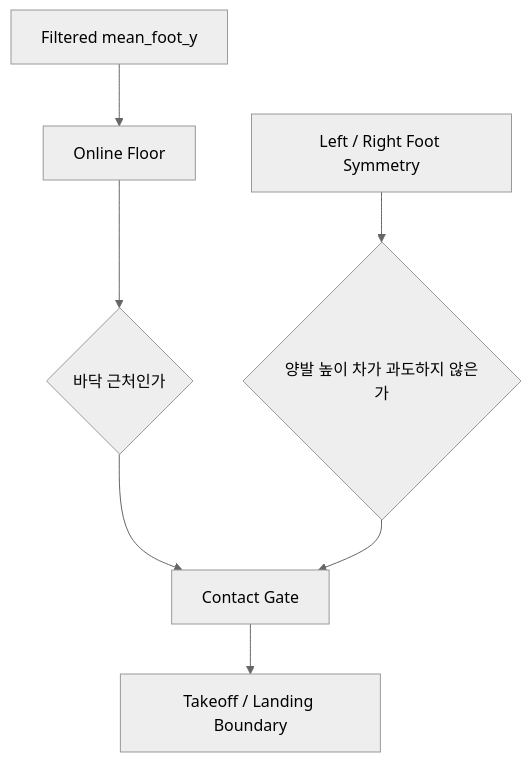
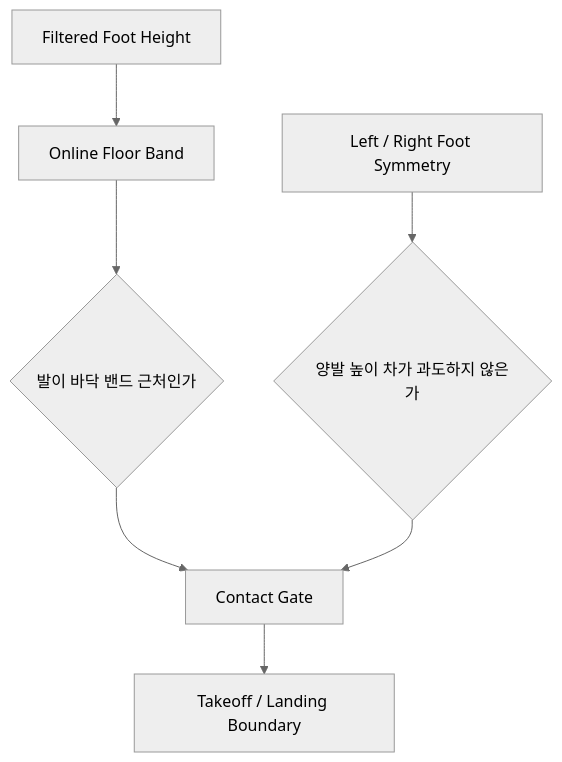
Before and after one commit to Hooneybadger/jump-rope-detector: the third of 6 diagrams in double_jump/README.md, drawn with Mermaid (neutral theme). The commit also changed other lines of this file and 3 other files, not shown here.

````diff
--- a/double_jump/README.md
+++ b/double_jump/README.md
@@ -186,9 +133,9 @@
 ```mermaid
 flowchart TD
-    A[Filtered mean_foot_y] --> B[Online Floor]
-    B --> C{바닥 근처인가}
+    A[Filtered Foot Height] --> B[Online Floor Band]
+    B --> C{발이 바닥 밴드 근처인가}
     D[Left / Right Foot Symmetry] --> E{양발 높이 차가 과도하지 않은가}
     C --> F[Contact Gate]
     E --> F
     F --> G[Takeoff / Landing Boundary]
 ```
````
